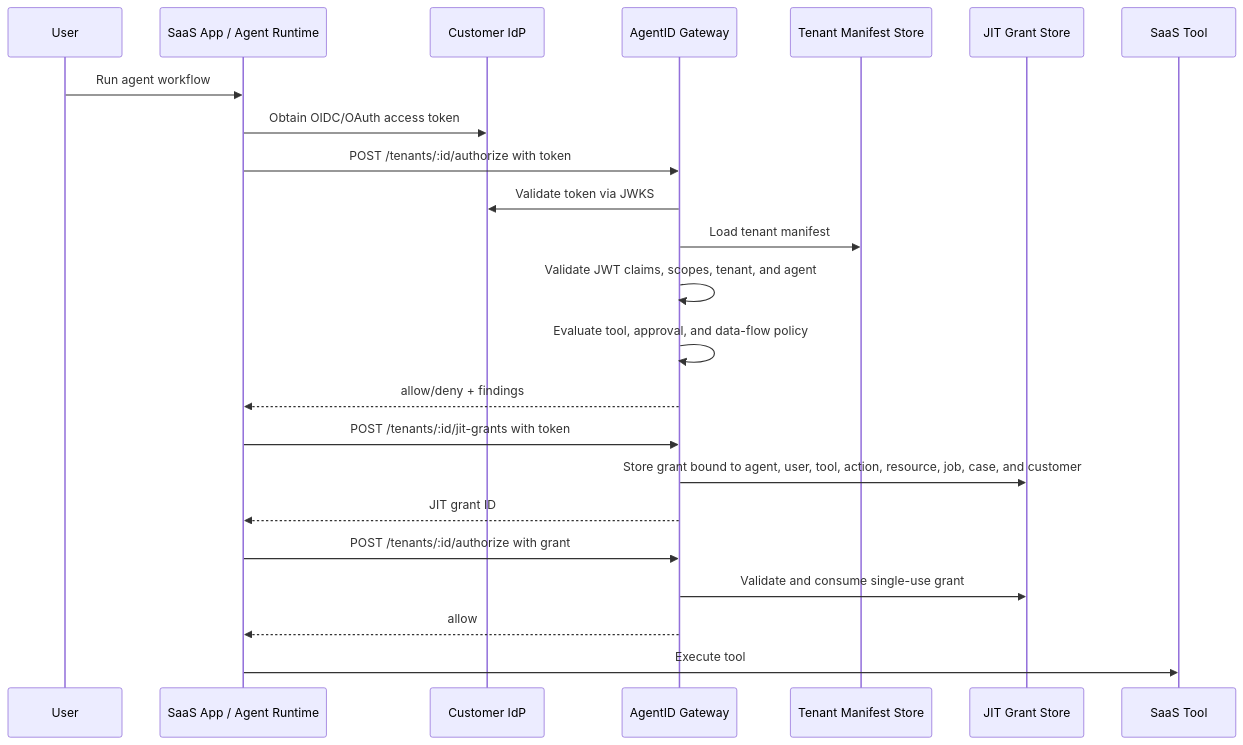
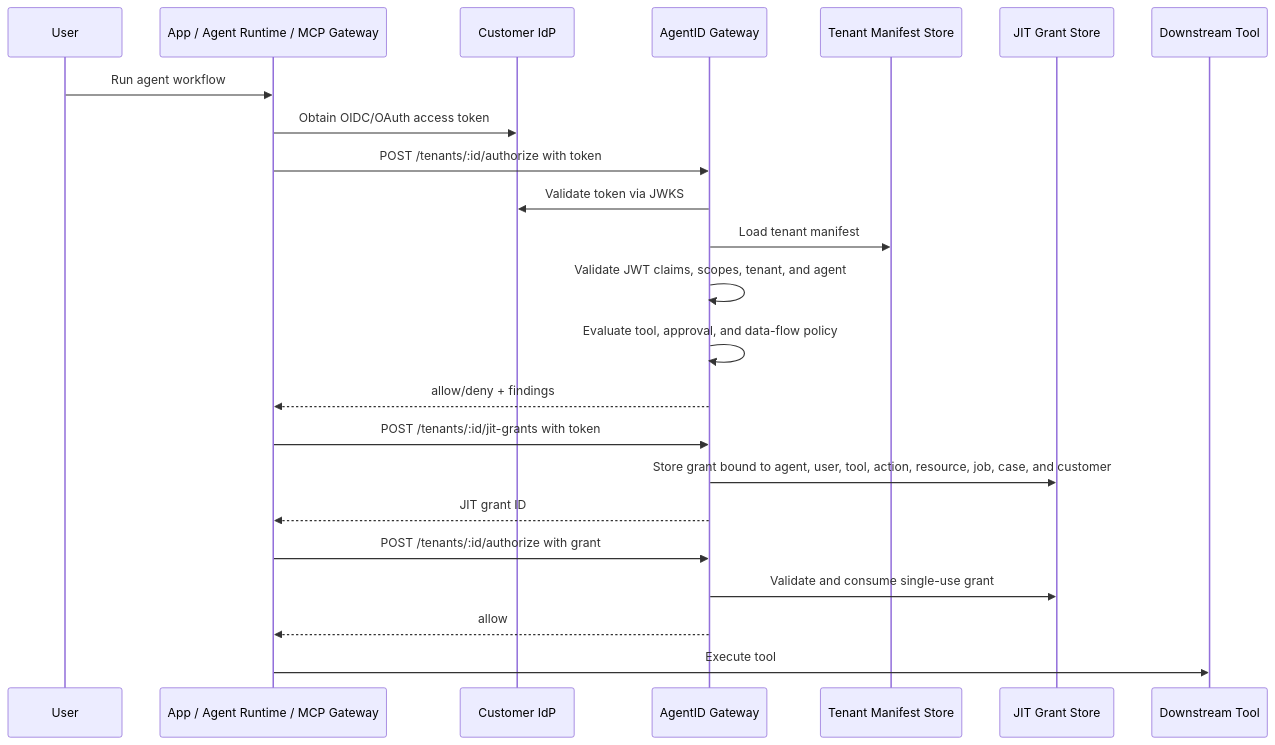
Before and after one commit to dinpd/AgentAction: the second of 2 diagrams in README.md, drawn with Mermaid. The commit also changed other lines of this file and 8 other files, not shown here.

````diff
--- a/README.md
+++ b/README.md
@@ -233,28 +234,28 @@
 ```mermaid
 sequenceDiagram
     participant User
-    participant App as SaaS App / Agent Runtime
+    participant App as App / Agent Runtime / MCP Gateway
     participant IdP as Customer IdP
     participant Gateway as AgentID Gateway
     participant KV as Tenant Manifest Store
     participant DO as JIT Grant Store
-    participant Tool as SaaS Tool
+    participant Tool as Downstream Tool
 
     User->>App: Run agent workflow
     App->>IdP: Obtain OIDC/OAuth access token
     App->>Gateway: POST /tenants/:id/authorize with token
     Gateway->>IdP: Validate token via JWKS
     Gateway->>KV: Load tenant manifest
     Gateway->>Gateway: Validate JWT claims, scopes, tenant, and agent
     Gateway->>Gateway: Evaluate tool, approval, and data-flow policy
     Gateway-->>App: allow/deny + findings
 
     App->>Gateway: POST /tenants/:id/jit-grants with token
     Gateway->>DO: Store grant bound to agent, user, tool, action, resource, job, case, and customer
     Gateway-->>App: JIT grant ID
 
     App->>Gateway: POST /tenants/:id/authorize with grant
     Gateway->>DO: Validate and consume single-use grant
     Gateway-->>App: allow
     App->>Tool: Execute tool
 ```
````
